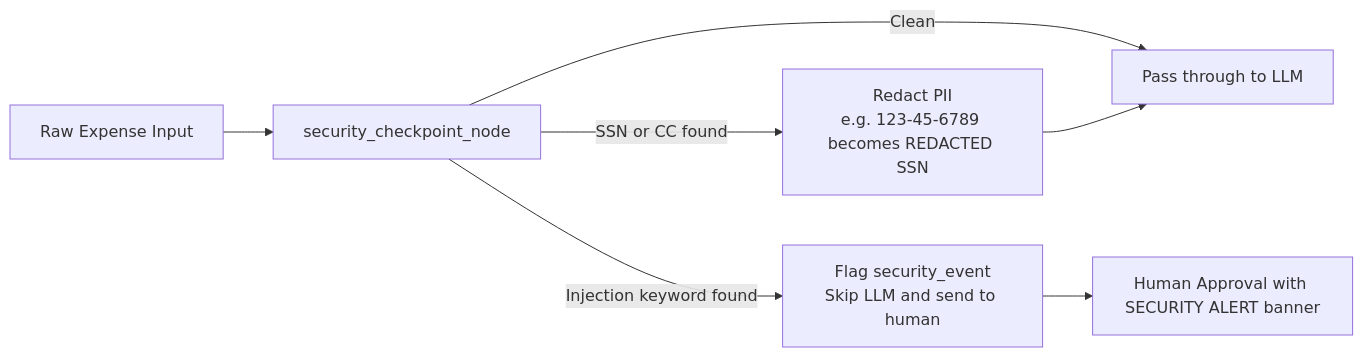
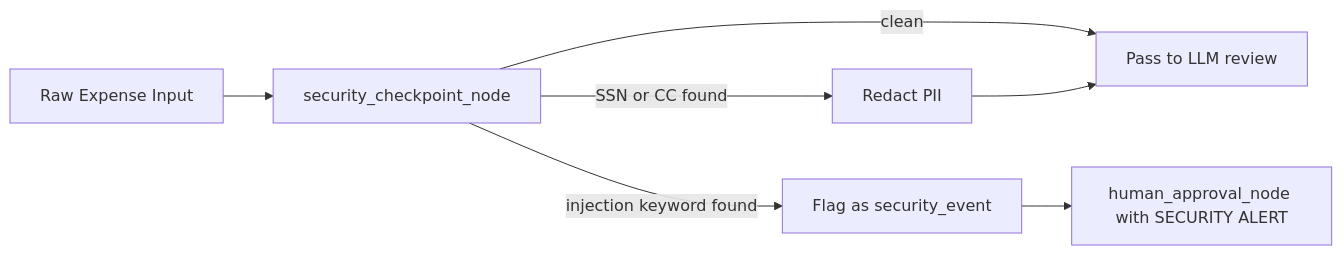
One commit to Binary-yev/ambient-expense-agent changed the second of 2 diagrams in README.md. Above: the diagram before and after it, drawn with Mermaid. The commit also changed other lines of this file, not shown here.

First line of the commit message:
fix: repair Mermaid diagrams and set default branch to main

````diff
--- a/README.md
+++ b/README.md
@@ -64,11 +64,11 @@
 ```mermaid
 flowchart LR
-    IN[Raw Expense Input] --> SC[security_checkpoint_node]
+    IN["Raw Expense Input"] --> SC["security_checkpoint_node"]
 
-    SC -- SSN or CC found --> RED[Redact PII\ne.g. 123-45-6789 becomes REDACTED SSN]
-    SC -- Injection keyword found --> FLAG[Flag security_event\nSkip LLM and send to human]
-    SC -- Clean --> PASS[Pass through to LLM]
+    SC -- "SSN or CC found" --> RED["Redact PII"]
+    SC -- "injection keyword found" --> FLAG["Flag as security_event"]
+    SC -- "clean" --> PASS["Pass to LLM review"]
 
     RED --> PASS
-    FLAG --> HUM[Human Approval with SECURITY ALERT banner]
+    FLAG --> HUM["human_approval_node with SECURITY ALERT"]
 ```
````
